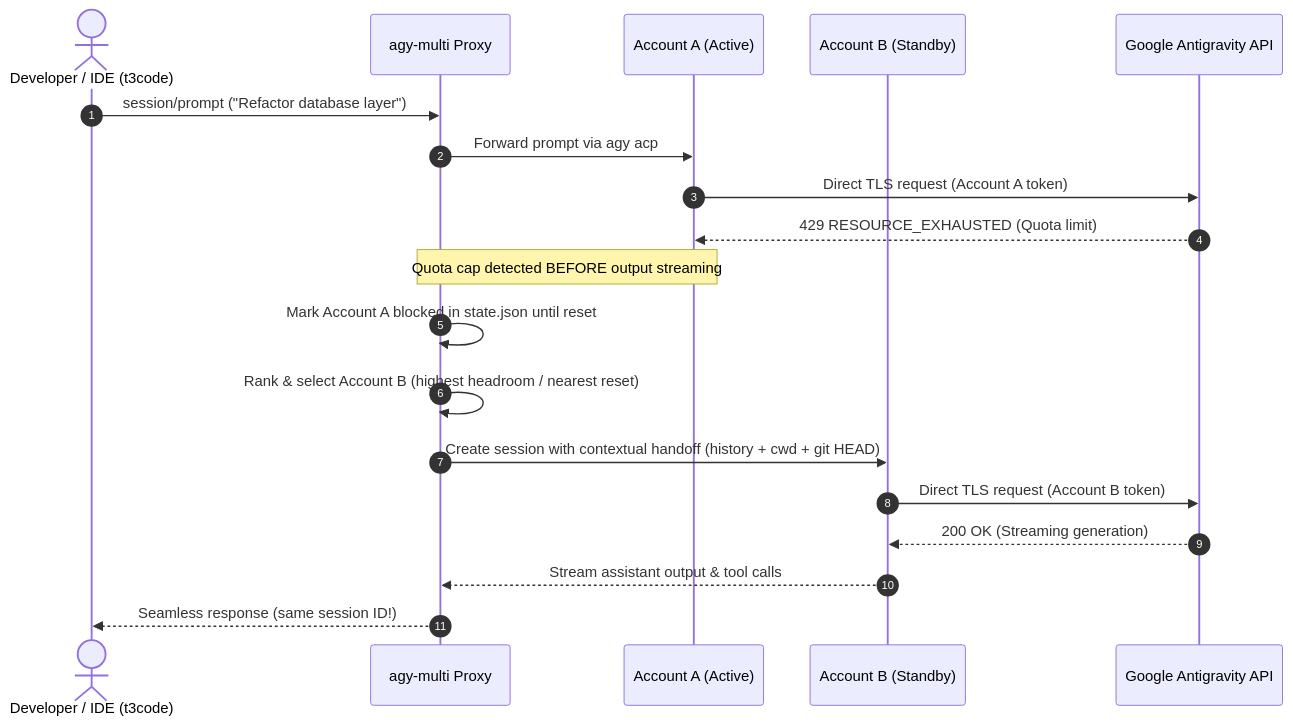
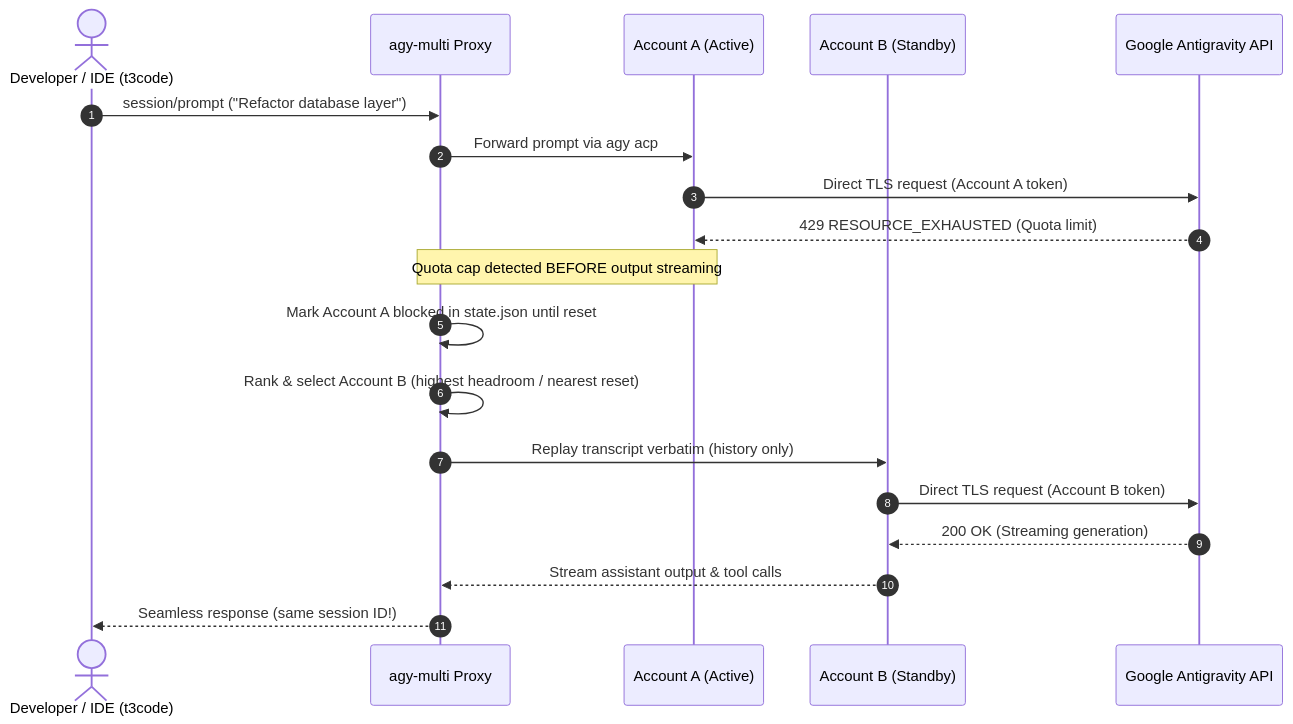
One commit to iqbal-codes/agy-multi changed the second of 2 diagrams in README.md. Above: the diagram before and after it, drawn with Mermaid. The commit also changed other lines of this file and 30 other files, not shown here.

````diff
--- a/README.md
+++ b/README.md
@@ -111,22 +185,22 @@
 ```mermaid
 sequenceDiagram
     autonumber
     actor Dev as Developer / IDE (t3code)
     participant Proxy as agy-multi Proxy
     participant ActA as Account A (Active)
     participant ActB as Account B (Standby)
     participant Google as Google Antigravity API
 
     Dev->>Proxy: session/prompt ("Refactor database layer")
     Proxy->>ActA: Forward prompt via agy acp
     ActA->>Google: Direct TLS request (Account A token)
     Google-->>ActA: 429 RESOURCE_EXHAUSTED (Quota limit)
     Note over Proxy,ActA: Quota cap detected BEFORE output streaming
     Proxy->>Proxy: Mark Account A blocked in state.json until reset
     Proxy->>Proxy: Rank & select Account B (highest headroom / nearest reset)
-    Proxy->>ActB: Create session with contextual handoff (history + cwd + git HEAD)
+    Proxy->>ActB: Replay transcript verbatim (history only)
     ActB->>Google: Direct TLS request (Account B token)
     Google-->>ActB: 200 OK (Streaming generation)
     ActB-->>Proxy: Stream assistant output & tool calls
     Proxy-->>Dev: Seamless response (same session ID!)
 ```
````
